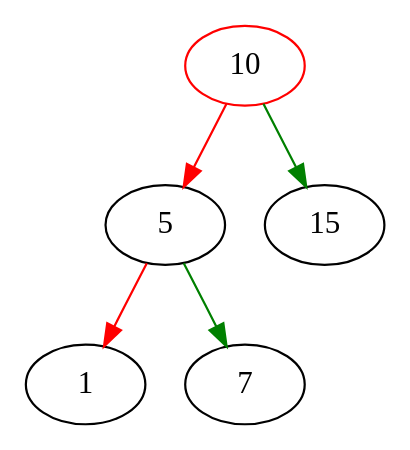
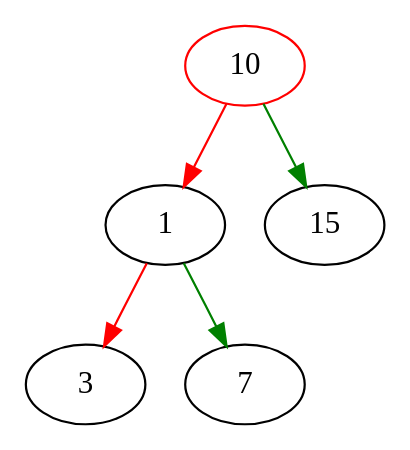
One commit to bsdshell/java changed the diagram in bintree.gv. Above: the diagram before and after it, drawn with Graphviz. The commit also changed 90 other files, not shown here.

```diff
--- a/bintree.gv
+++ b/bintree.gv
@@ -1,7 +1,7 @@
 digraph G{
 10[color=red];
-10->5[color=red];
-5->1[color=red];
-5->7[color=green];
+10->1[color=red];
+1->3[color=red];
+1->7[color=green];
 10->15[color=green];
 }
```
